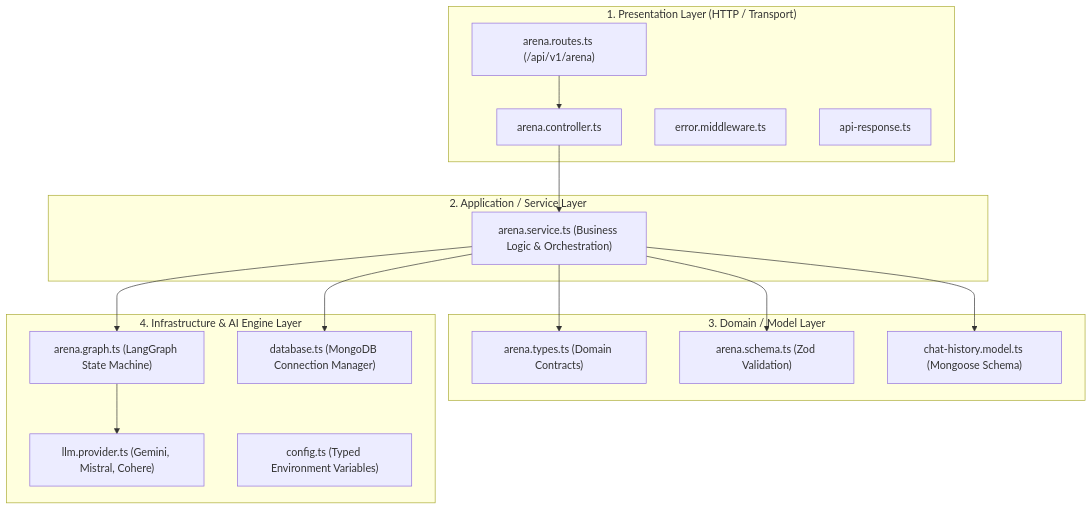
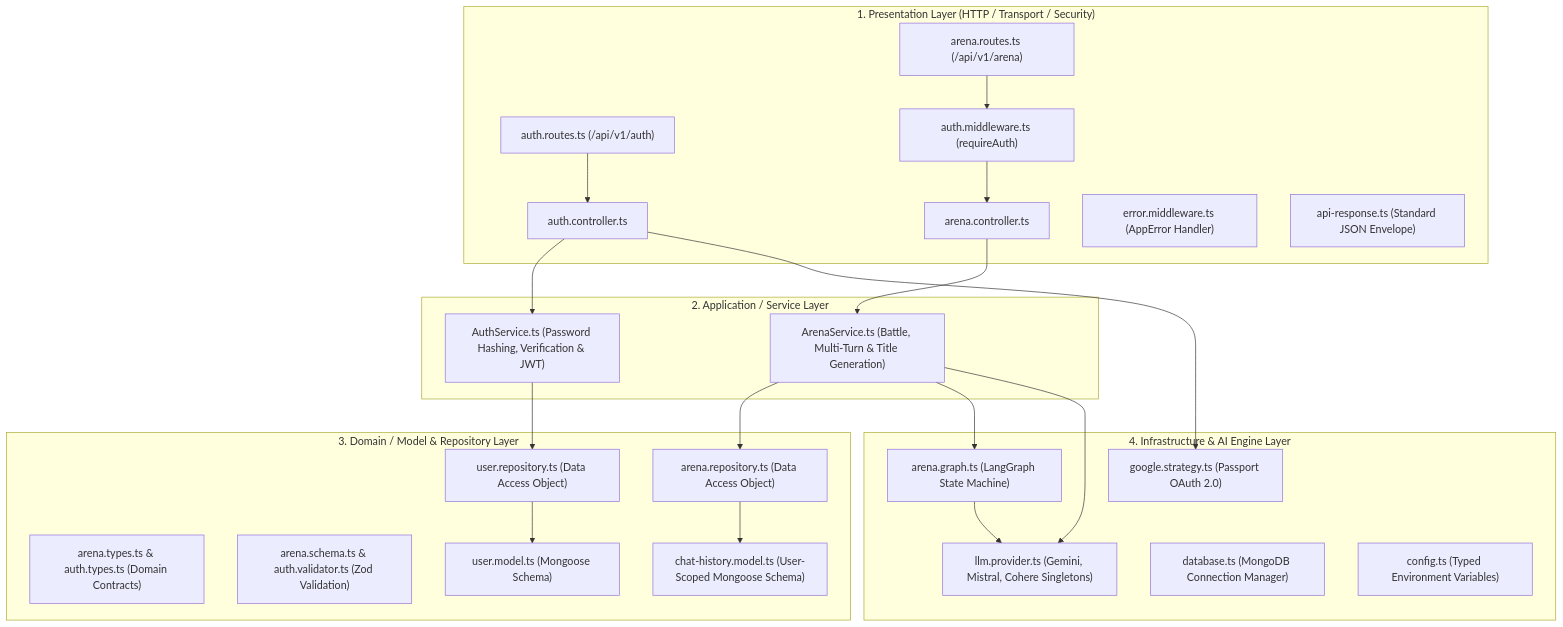
One commit to DibyanshuChauhan/Job-Ready-AI-Cohort-Daily-Progress changed the first of 3 diagrams in Projects/4. AI Battle Arena/Backend/README.md. Above: the diagram before and after it, drawn with Mermaid. The commit also changed other lines of this file and 2 other files, not shown here.

Commit message:
docs: add project-wide and module-specific documentation for AI Battle Arena backend and frontend architectures

````diff
--- a/Projects/4. AI Battle Arena/Backend/README.md
+++ b/Projects/4. AI Battle Arena/Backend/README.md
@@ -26,35 +28,48 @@
 ```mermaid
 graph TD
-    subgraph Layer1 ["1. Presentation Layer (HTTP / Transport)"]
-        Router["arena.routes.ts (/api/v1/arena)"]
-        Controller["arena.controller.ts"]
-        ErrorMW["error.middleware.ts"]
-        ResponseUtil["api-response.ts"]
+    subgraph Layer1 ["1. Presentation Layer (HTTP / Transport / Security)"]
+        ArenaRoutes["arena.routes.ts (/api/v1/arena)"]
+        AuthRoutes["auth.routes.ts (/api/v1/auth)"]
+        AuthMW["auth.middleware.ts (requireAuth)"]
+        ArenaController["arena.controller.ts"]
+        AuthController["auth.controller.ts"]
+        ErrorMW["error.middleware.ts (AppError Handler)"]
+        ResponseUtil["api-response.ts (Standard JSON Envelope)"]
     end
 
     subgraph Layer2 ["2. Application / Service Layer"]
-        Service["arena.service.ts (Business Logic & Orchestration)"]
+        ArenaService["ArenaService.ts (Battle, Multi-Turn & Title Generation)"]
+        AuthService["AuthService.ts (Password Hashing, Verification & JWT)"]
     end
 
-    subgraph Layer3 ["3. Domain / Model Layer"]
-        Types["arena.types.ts (Domain Contracts)"]
-        Schemas["arena.schema.ts (Zod Validation)"]
-        DBModel["chat-history.model.ts (Mongoose Schema)"]
+    subgraph Layer3 ["3. Domain / Model & Repository Layer"]
+        ArenaTypes["arena.types.ts & auth.types.ts (Domain Contracts)"]
+        Schemas["arena.schema.ts & auth.validator.ts (Zod Validation)"]
+        UserModel["user.model.ts (Mongoose Schema)"]
+        ChatModel["chat-history.model.ts (User-Scoped Mongoose Schema)"]
+        ArenaRepo["arena.repository.ts (Data Access Object)"]
+        UserRepo["user.repository.ts (Data Access Object)"]
     end
 
     subgraph Layer4 ["4. Infrastructure & AI Engine Layer"]
-        LLMFactory["llm.provider.ts (Gemini, Mistral, Cohere)"]
+        LLMFactory["llm.provider.ts (Gemini, Mistral, Cohere Singletons)"]
         GraphEngine["arena.graph.ts (LangGraph State Machine)"]
+        GoogleStrategy["google.strategy.ts (Passport OAuth 2.0)"]
         DBManager["database.ts (MongoDB Connection Manager)"]
         Config["config.ts (Typed Environment Variables)"]
     end
 
-    Router --> Controller
-    Controller --> Service
-    Service --> Types
-    Service --> Schemas
-    Service --> DBModel
-    Service --> GraphEngine
+    ArenaRoutes --> AuthMW
+    AuthMW --> ArenaController
+    AuthRoutes --> AuthController
+    ArenaController --> ArenaService
+    AuthController --> AuthService
+    ArenaService --> ArenaRepo
+    ArenaService --> GraphEngine
+    AuthService --> UserRepo
+    ArenaRepo --> ChatModel
+    UserRepo --> UserModel
     GraphEngine --> LLMFactory
-    Service --> DBManager
+    AuthController --> GoogleStrategy
+    ArenaService --> LLMFactory
 ```
````
